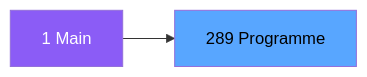
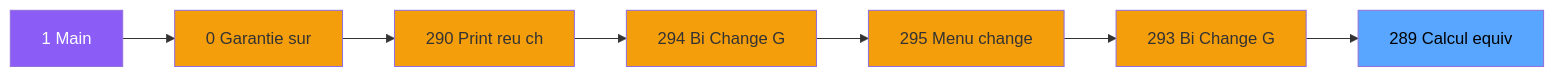
The second of 3 diagrams in .openspec/specs/ADH-IDE-289.md (thonyAGP/magic-migration), drawn with Mermaid before and after one commit. The commit also changed other lines of this file and 323 other files, not shown here.

````diff
--- a/.openspec/specs/ADH-IDE-289.md
+++ b/.openspec/specs/ADH-IDE-289.md
@@ -98,8 +112,23 @@
 ```mermaid
 graph LR
     M[1 Main]
-    T[289 Programme]
-    M --> T
+    N0[0 Garantie sur]
+    N290[290 Print reu ch]
+    N294[294 Bi  Change G]
+    N295[295 Menu change ]
+    N293[293 Bi  Change G]
+    T[289 Calcul equiv]
+    M --> N0
+    N0 --> N290
+    N290 --> N294
+    N294 --> N295
+    N295 --> N293
+    N293 --> T
     style M fill:#8b5cf6,color:#fff
+    style N0 fill:#f59e0b
+    style N290 fill:#f59e0b
+    style N294 fill:#f59e0b
+    style N295 fill:#f59e0b
+    style N293 fill:#f59e0b
     style T fill:#58a6ff,color:#000
 ```
````
